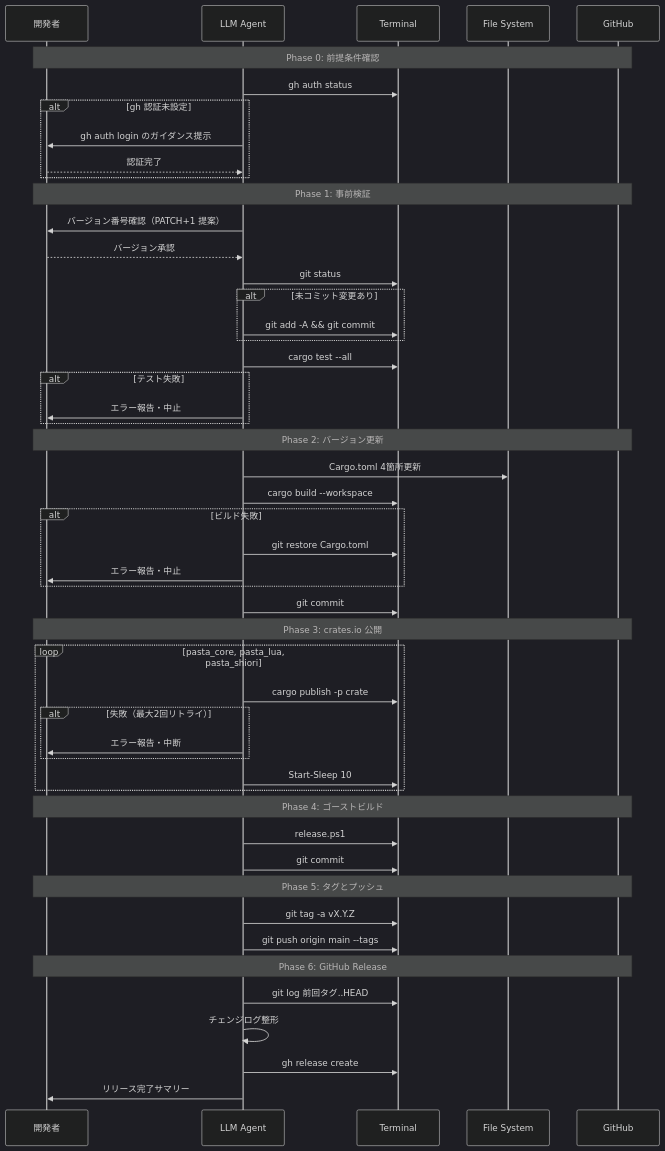
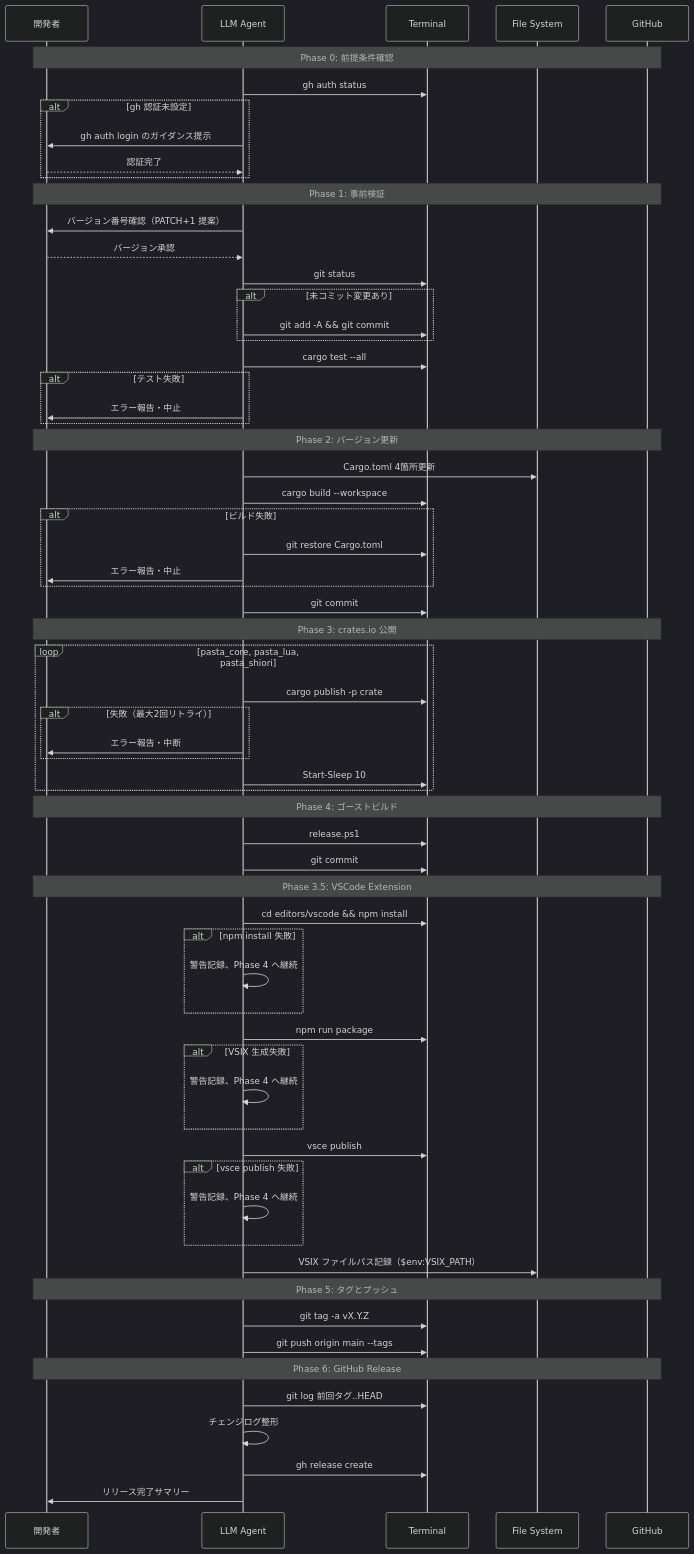
One commit to ekicyou/pasta changed the second of 3 diagrams in .kiro/specs/release-workflow/design.md. Above: the diagram before and after it, drawn with Mermaid (dark theme). The commit also changed other lines of this file and 2 other files, not shown here.

````diff
--- a/.kiro/specs/release-workflow/design.md
+++ b/.kiro/specs/release-workflow/design.md
@@ -124,59 +133,74 @@
 ```mermaid
 sequenceDiagram
     participant Dev as 開発者
     participant LLM as LLM Agent
     participant Term as Terminal
     participant FS as File System
     participant GH as GitHub
 
     Note over Dev,GH: Phase 0: 前提条件確認
     LLM->>Term: gh auth status
     alt gh 認証未設定
         LLM->>Dev: gh auth login のガイダンス提示
         Dev-->>LLM: 認証完了
     end
 
     Note over Dev,GH: Phase 1: 事前検証
     LLM->>Dev: バージョン番号確認（PATCH+1 提案）
     Dev-->>LLM: バージョン承認
     LLM->>Term: git status
     alt 未コミット変更あり
         LLM->>Term: git add -A && git commit
     end
     LLM->>Term: cargo test --all
     alt テスト失敗
         LLM->>Dev: エラー報告・中止
     end
 
     Note over Dev,GH: Phase 2: バージョン更新
     LLM->>FS: Cargo.toml 4箇所更新
     LLM->>Term: cargo build --workspace
     alt ビルド失敗
         LLM->>Term: git restore Cargo.toml
         LLM->>Dev: エラー報告・中止
     end
     LLM->>Term: git commit
 
     Note over Dev,GH: Phase 3: crates.io 公開
     loop pasta_core, pasta_lua, pasta_shiori
         LLM->>Term: cargo publish -p crate
         alt 失敗（最大2回リトライ）
             LLM->>Dev: エラー報告・中断
         end
         LLM->>Term: Start-Sleep 10
     end
 
     Note over Dev,GH: Phase 4: ゴーストビルド
     LLM->>Term: release.ps1
     LLM->>Term: git commit
 
+    Note over Dev,GH: Phase 3.5: VSCode Extension
+    LLM->>Term: cd editors/vscode && npm install
+    alt npm install 失敗
+        LLM->>LLM: 警告記録、Phase 4 へ継続
+    end
+    LLM->>Term: npm run package
+    alt VSIX 生成失敗
+        LLM->>LLM: 警告記録、Phase 4 へ継続
+    end
+    LLM->>Term: vsce publish
+    alt vsce publish 失敗
+        LLM->>LLM: 警告記録、Phase 4 へ継続
+    end
+    LLM->>FS: VSIX ファイルパス記録（$env:VSIX_PATH）
+
     Note over Dev,GH: Phase 5: タグとプッシュ
     LLM->>Term: git tag -a vX.Y.Z
     LLM->>Term: git push origin main --tags
 
     Note over Dev,GH: Phase 6: GitHub Release
     LLM->>Term: git log 前回タグ..HEAD
     LLM->>LLM: チェンジログ整形
     LLM->>Term: gh release create
     LLM->>Dev: リリース完了サマリー
 ```
````
